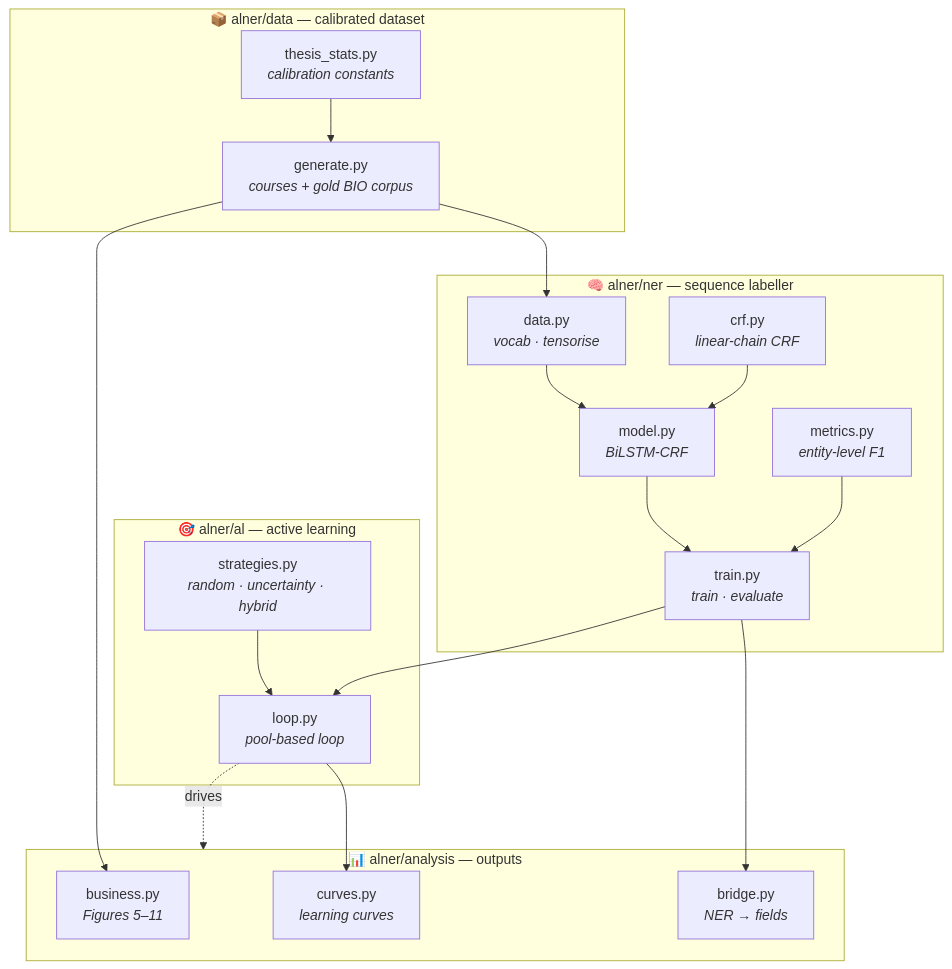
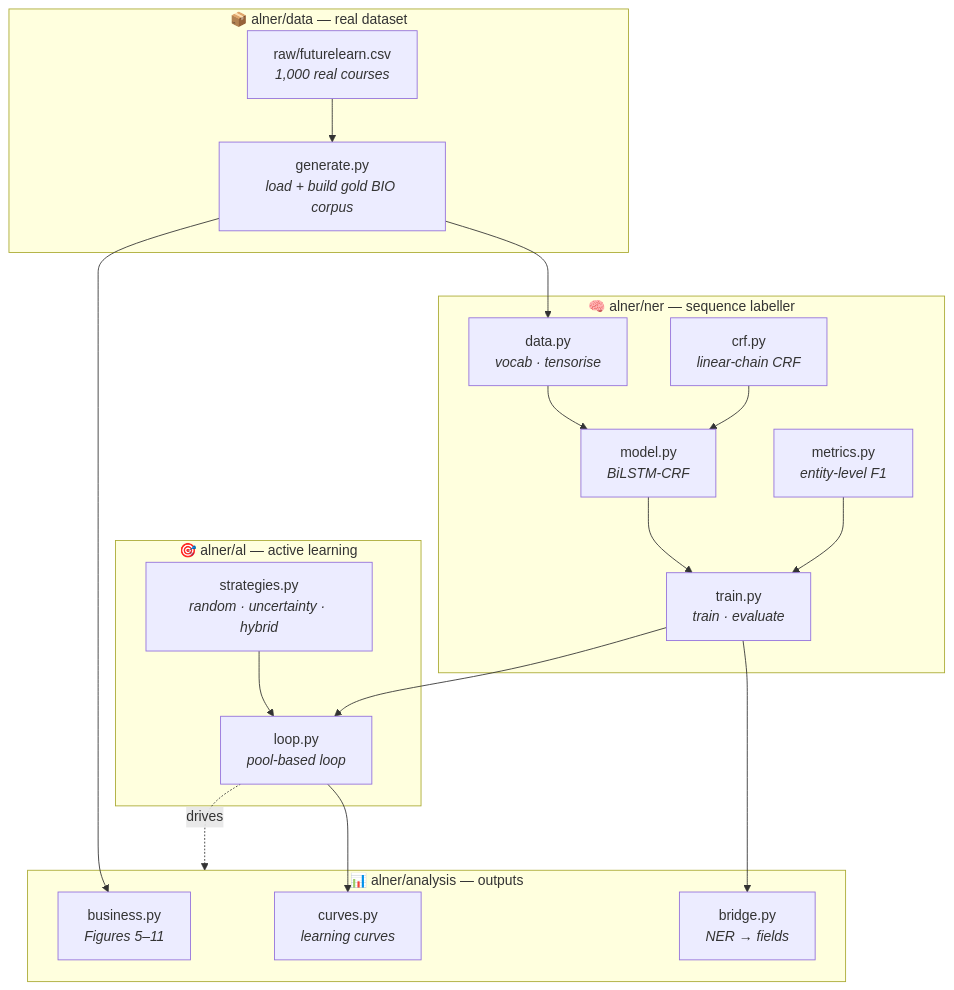
The second of 5 diagrams in README.md (ismatsamadov/active_learning), drawn with Mermaid before and after one commit. The commit also changed other lines of this file and 23 other files, not shown here.

````diff
--- a/README.md
+++ b/README.md
@@ -84,35 +84,35 @@
 ```mermaid
 flowchart TB
-    subgraph DATA["📦 alner/data — calibrated dataset"]
-        TS["thesis_stats.py<br/><i>calibration constants</i>"]
-        GEN["generate.py<br/><i>courses + gold BIO corpus</i>"]
-        TS --> GEN
+    subgraph DATA["📦 alner/data — real dataset"]
+        RAW["raw/futurelearn.csv<br/><i>1,000 real courses</i>"]
+        GEN["generate.py<br/><i>load + build gold BIO corpus</i>"]
+        RAW --> GEN
     end
     subgraph NER["🧠 alner/ner — sequence labeller"]
         DAT["data.py<br/><i>vocab · tensorise</i>"]
         CRF["crf.py<br/><i>linear-chain CRF</i>"]
         MOD["model.py<br/><i>BiLSTM-CRF</i>"]
         TRN["train.py<br/><i>train · evaluate</i>"]
         MET["metrics.py<br/><i>entity-level F1</i>"]
         DAT --> MOD
         CRF --> MOD
         MOD --> TRN
         MET --> TRN
     end
     subgraph AL["🎯 alner/al — active learning"]
         STR["strategies.py<br/><i>random · uncertainty · hybrid</i>"]
         LOOP["loop.py<br/><i>pool-based loop</i>"]
         STR --> LOOP
     end
     subgraph ANA["📊 alner/analysis — outputs"]
         BIZ["business.py<br/><i>Figures 5–11</i>"]
         CUR["curves.py<br/><i>learning curves</i>"]
         BR["bridge.py<br/><i>NER → fields</i>"]
     end
     GEN --> DAT
     TRN --> LOOP
     TRN --> BR
     LOOP --> CUR
     GEN --> BIZ
     LOOP -. drives .-> ANA
 ```
````
